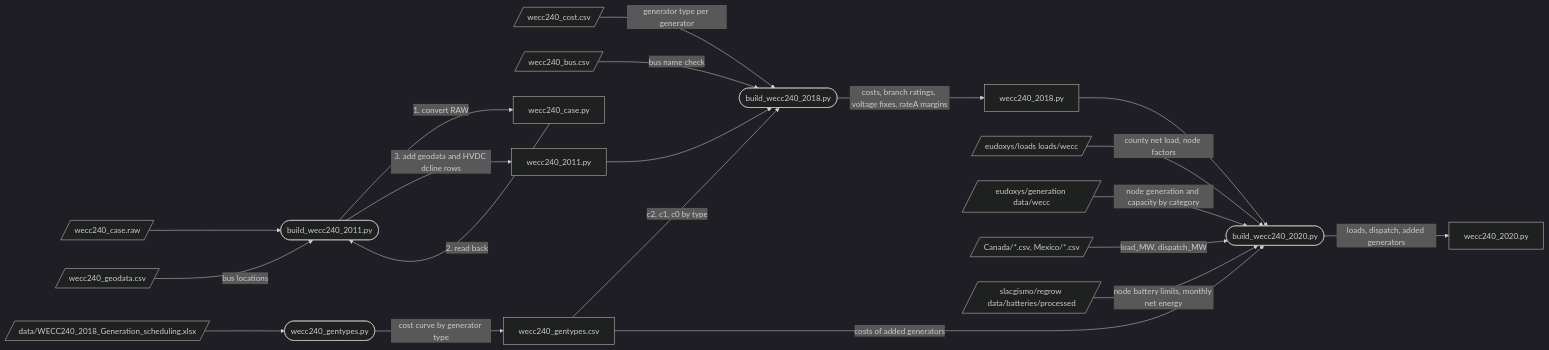
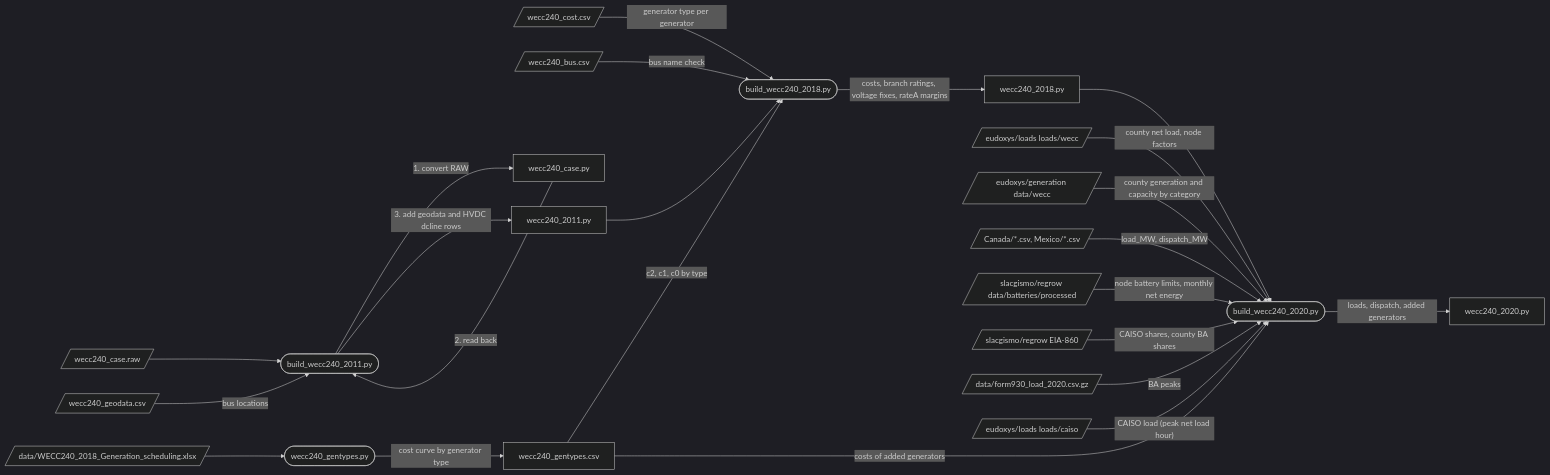
Before and after one commit to eudoxys/wecc240: the diagram in wecc240/README.md, drawn with Mermaid (dark theme). The commit also changed other lines of this file and 12 other files, not shown here.

First line of the commit message:
Build the 2020 fleet from eudoxys/generation's county map; scale loads to Form 930 BA peaks

````diff
--- a/wecc240/README.md
+++ b/wecc240/README.md
@@ -107,46 +123,49 @@
 ```mermaid
 flowchart LR
     raw[/wecc240_case.raw/]
     geo[/wecc240_geodata.csv/]
     xlsx[/"data/WECC240_2018_Generation_scheduling.xlsx"/]
     cost[/wecc240_cost.csv/]
     bus[/wecc240_bus.csv/]
 
     b2011([build_wecc240_2011.py])
     gt([wecc240_gentypes.py])
     b2018([build_wecc240_2018.py])
 
     case[wecc240_case.py]
     c2011[wecc240_2011.py]
     types[wecc240_gentypes.csv]
     c2018[wecc240_2018.py]
 
     raw --> b2011
     b2011 -- "1. convert RAW" --> case
     case -- "2. read back" --> b2011
     geo -- "bus locations" --> b2011
     b2011 -- "3. add geodata and HVDC dcline rows" --> c2011
 
     xlsx --> gt
     gt -- "cost curve by generator type" --> types
 
     c2011 --> b2018
     types -- "c2, c1, c0 by type" --> b2018
     cost -- "generator type per generator" --> b2018
     bus -- "bus name check" --> b2018
     b2018 -- "costs, branch ratings, voltage fixes, rateA margins" --> c2018
 
     loads[/"eudoxys/loads loads/wecc"/]
     gendata[/"eudoxys/generation data/wecc"/]
     foreign[/"Canada/*.csv, Mexico/*.csv"/]
     b2020([build_wecc240_2020.py])
     c2020[wecc240_2020.py]
 
     c2018 --> b2020
     loads -- "county net load, node factors" --> b2020
-    gendata -- "node generation and capacity by category" --> b2020
+    gendata -- "county generation and capacity by category" --> b2020
     foreign -- "load_MW, dispatch_MW" --> b2020
     types -- "costs of added generators" --> b2020
     batteries[/"slacgismo/regrow data/batteries/processed"/] -- "node battery limits, monthly net energy" --> b2020
+    eia860[/"slacgismo/regrow EIA-860"/] -- "CAISO shares, county BA shares" --> b2020
+    form930[/"data/form930_load_2020.csv.gz"/] -- "BA peaks" --> b2020
+    caiso[/"eudoxys/loads loads/caiso"/] -- "CAISO load (peak net load hour)" --> b2020
     b2020 -- "loads, dispatch, added generators" --> c2020
 ```
````
